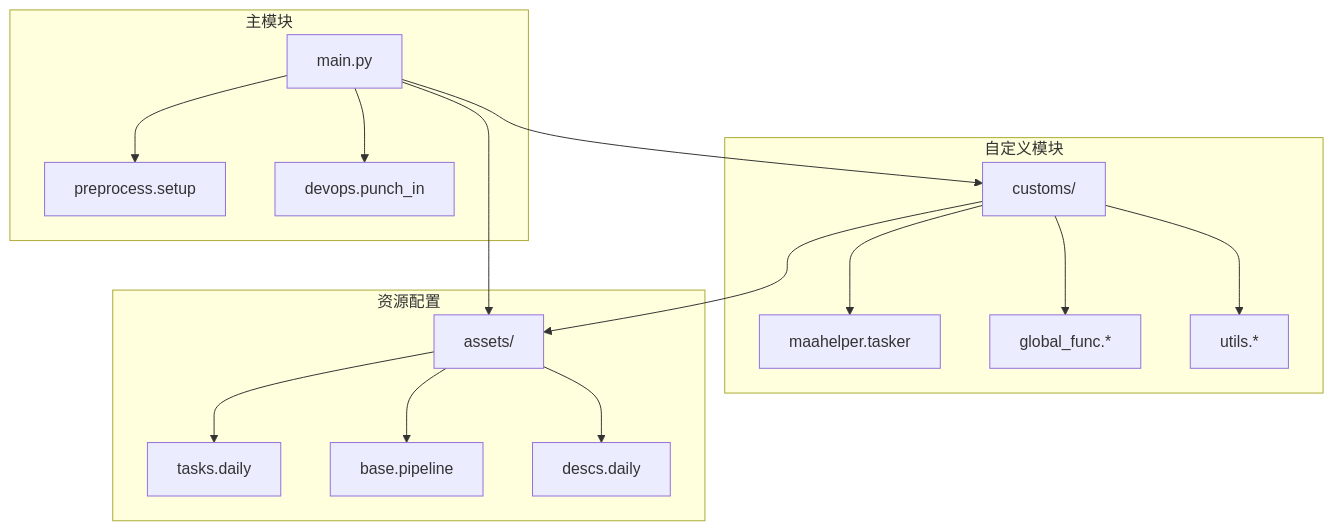
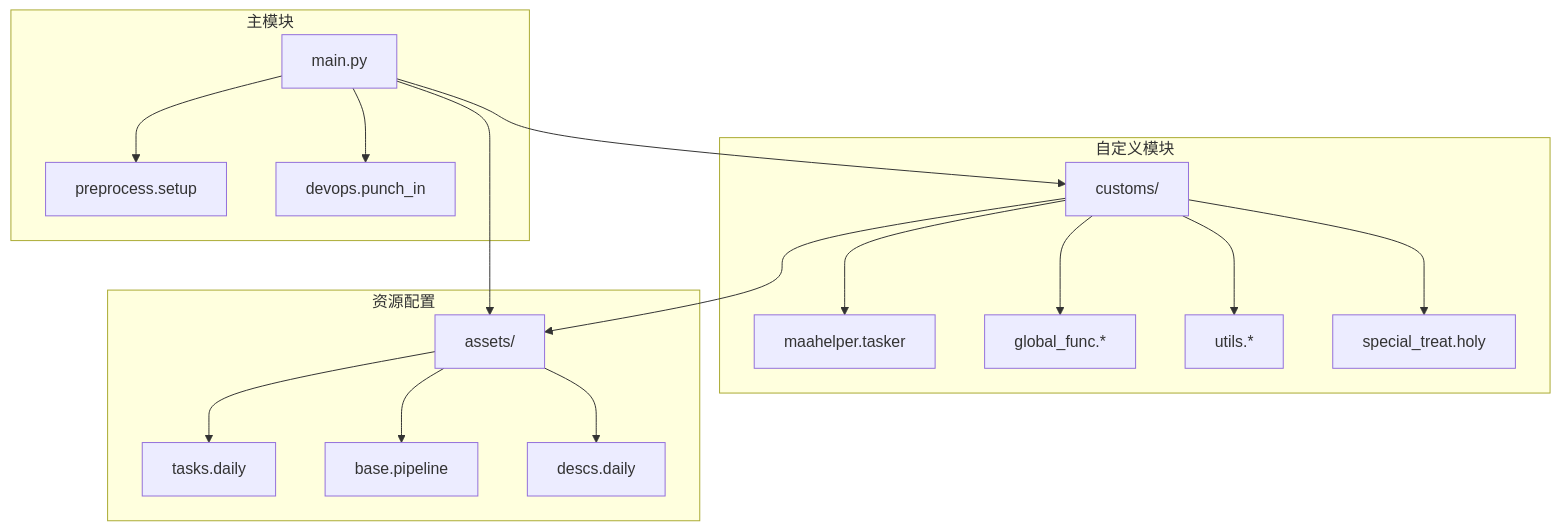
Diagram 16 of 17 in .qoder/repowiki/zh/content/Daily Saint Tour Functionality.md (kqcoxn/MaaDuDuL), drawn with Mermaid before and after one commit. The commit also changed other lines of this file and 12 other files, not shown here.

````diff
--- a/.qoder/repowiki/zh/content/Daily Saint Tour Functionality.md
+++ b/.qoder/repowiki/zh/content/Daily Saint Tour Functionality.md
@@ -532,20 +607,21 @@
 ```mermaid
 graph TB
 subgraph "主模块"
 Main[main.py] --> Preprocess[preprocess.setup]
 Main --> DevOps[devops.punch_in]
 end
 subgraph "自定义模块"
 Custom[customs/] --> Helper[maahelper.tasker]
 Custom --> GlobalFunc[global_func.*]
 Custom --> Utils[utils.*]
+Custom --> SpecialTreat[special_treat.holy]
 end
 subgraph "资源配置"
 Assets[assets/] --> Tasks[tasks.daily]
 Assets --> Pipeline[base.pipeline]
 Assets --> Descs[descs.daily]
 end
 Main --> Custom
 Main --> Assets
 Custom --> Assets
 ```
````
